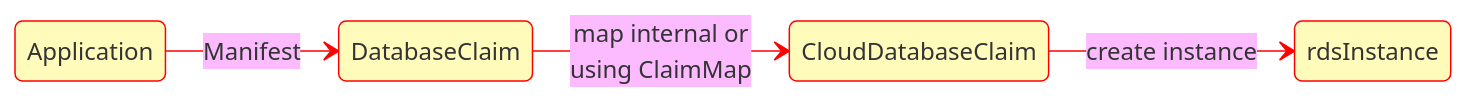
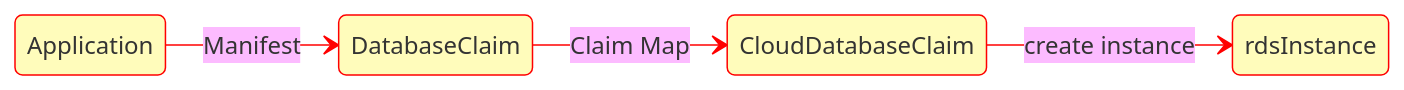
Before and after one commit to infobloxopen/db-controller: the fifth of 10 diagrams in docs/index.md, drawn with Mermaid. The commit also changed other lines of this file and 1 other file, not shown here.

````diff
--- a/docs/index.md
+++ b/docs/index.md
@@ -216,8 +216,8 @@
 ```mermaid
 %%{init: {'theme': 'base', 'themeVariables': { 'primaryColor': '#fffcbb', 'lineColor': '#ff0000', 'primaryBorderColor': '#ff0000'}}}%%
 stateDiagram
   direction LR
   Application --> DatabaseClaim : Manifest
-  DatabaseClaim --> CloudDatabaseClaim : map internal or</br> using ClaimMap
+  DatabaseClaim --> CloudDatabaseClaim : Claim Map
   CloudDatabaseClaim --> rdsInstance : create instance
 ```
````
